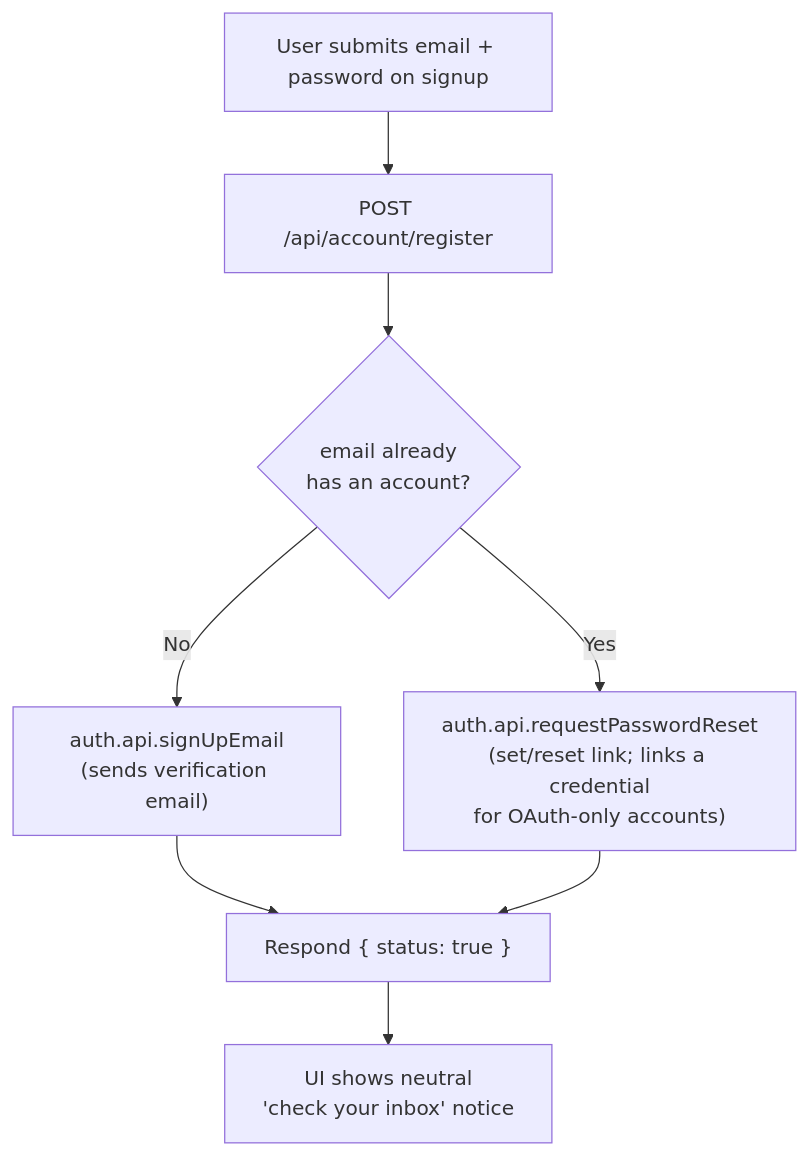
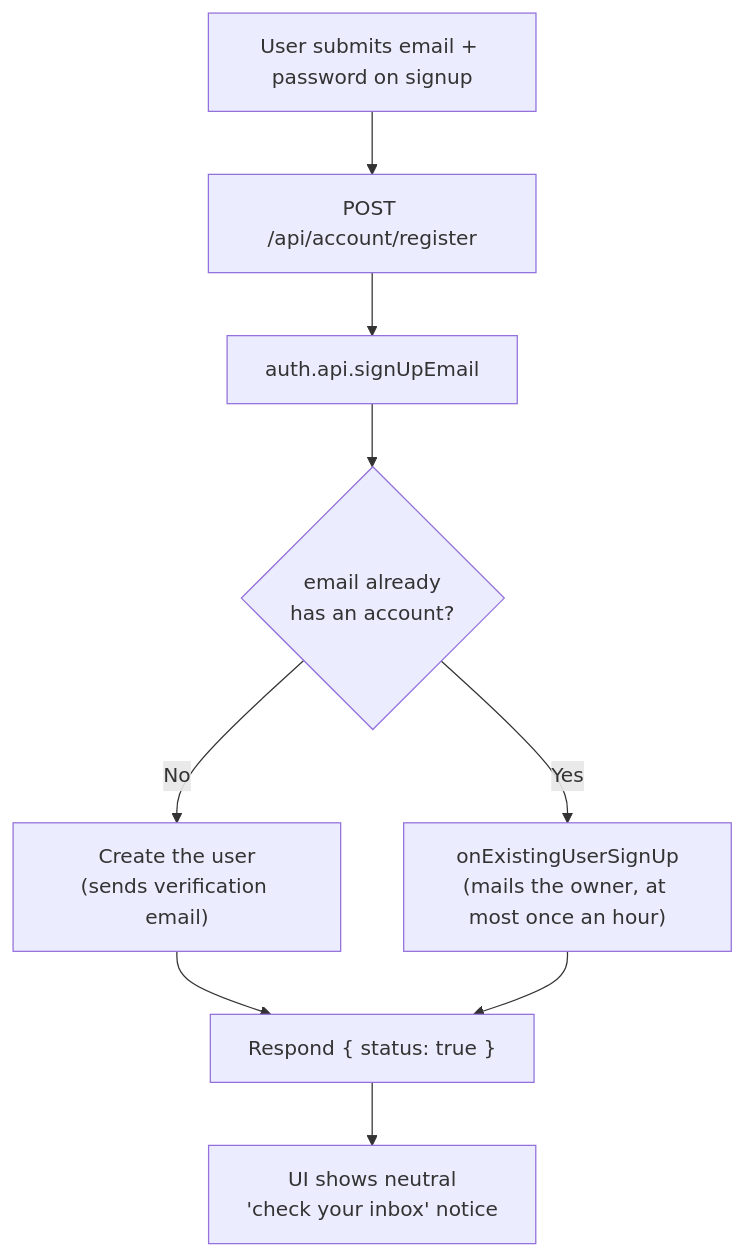
Before and after one commit to OffCrazyFreak/Disscount: the third of 4 diagrams in docs/AUTH.md, drawn with Mermaid. The commit also changed other lines of this file, not shown here.

First line of the commit message:
docs(auth): Describe the sign-up path for registered addresses

````diff
--- a/docs/AUTH.md
+++ b/docs/AUTH.md
@@ -69,10 +69,11 @@
 ```mermaid
 flowchart TD
     Start["User submits email + password on signup"] --> Reg["POST /api/account/register"]
-    Reg --> Exists{"email already<br/>has an account?"}
-    Exists -->|"No"| SignUp["auth.api.signUpEmail<br/>(sends verification email)"]
-    Exists -->|"Yes"| Reset["auth.api.requestPasswordReset<br/>(set/reset link; links a credential<br/>for OAuth-only accounts)"]
-    SignUp --> Same["Respond { status: true }"]
-    Reset --> Same
-    Same --> Notice["UI shows neutral<br/>'check your inbox' notice"]
+    Reg --> SignUp["auth.api.signUpEmail"]
+    SignUp --> Exists{"email already<br/>has an account?"}
+    Exists -->|"No"| Create["Create the user<br/>(sends verification email)"]
+    Exists -->|"Yes"| Notice["onExistingUserSignUp<br/>(mails the owner, at most once an hour)"]
+    Create --> Same["Respond { status: true }"]
+    Notice --> Same
+    Same --> Inbox["UI shows neutral<br/>'check your inbox' notice"]
 ```
````
